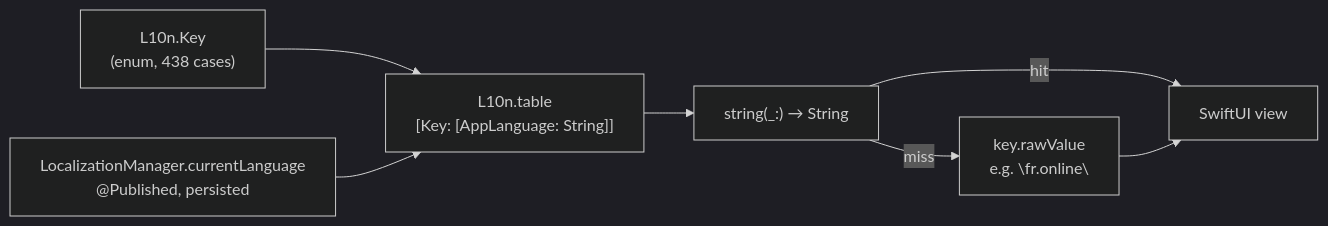
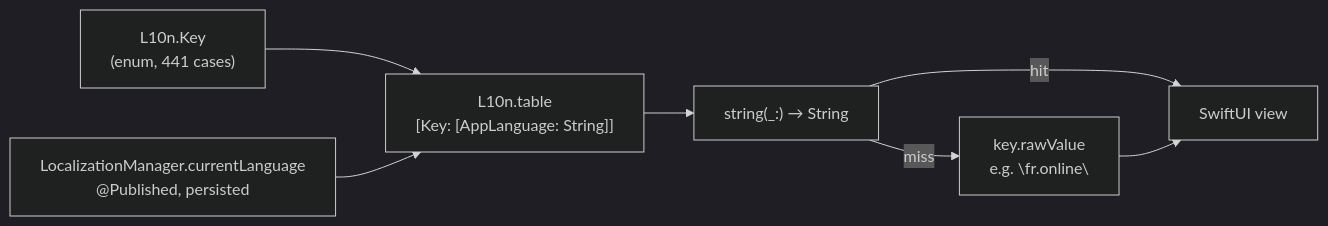
The diagram in docs/architecture/localization.md (PubgmHacker/plink), drawn with Mermaid (dark theme) before and after one commit. The commit also changed other lines of this file and 1 other file, not shown here.

````diff
--- a/docs/architecture/localization.md
+++ b/docs/architecture/localization.md
@@ -15,9 +15,9 @@
 ```mermaid
 flowchart LR
-    K["L10n.Key<br/>(enum, 438 cases)"] --> T["L10n.table<br/>[Key: [AppLanguage: String]]"]
+    K["L10n.Key<br/>(enum, 441 cases)"] --> T["L10n.table<br/>[Key: [AppLanguage: String]]"]
     L["LocalizationManager.currentLanguage<br/>@Published, persisted"] --> T
     T --> S["string(_:) → String"]
     S -->|"hit"| V[SwiftUI view]
     S -->|"miss"| R["key.rawValue<br/>e.g. \"fr.online\""]
     R --> V
 ```
````
